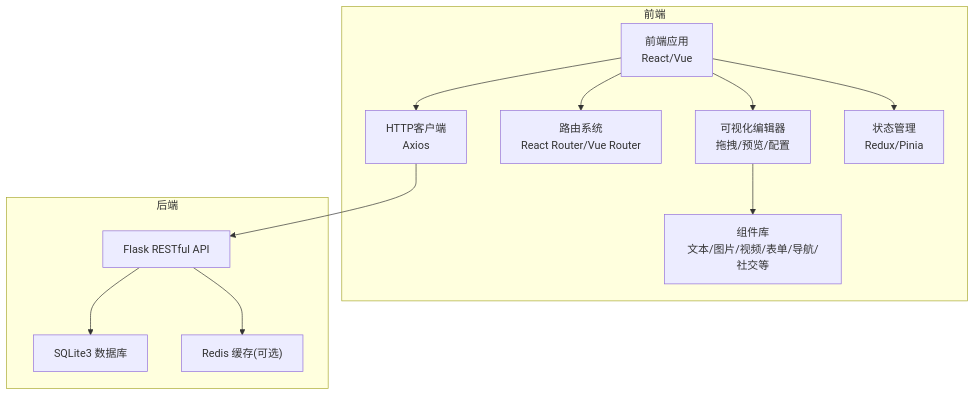
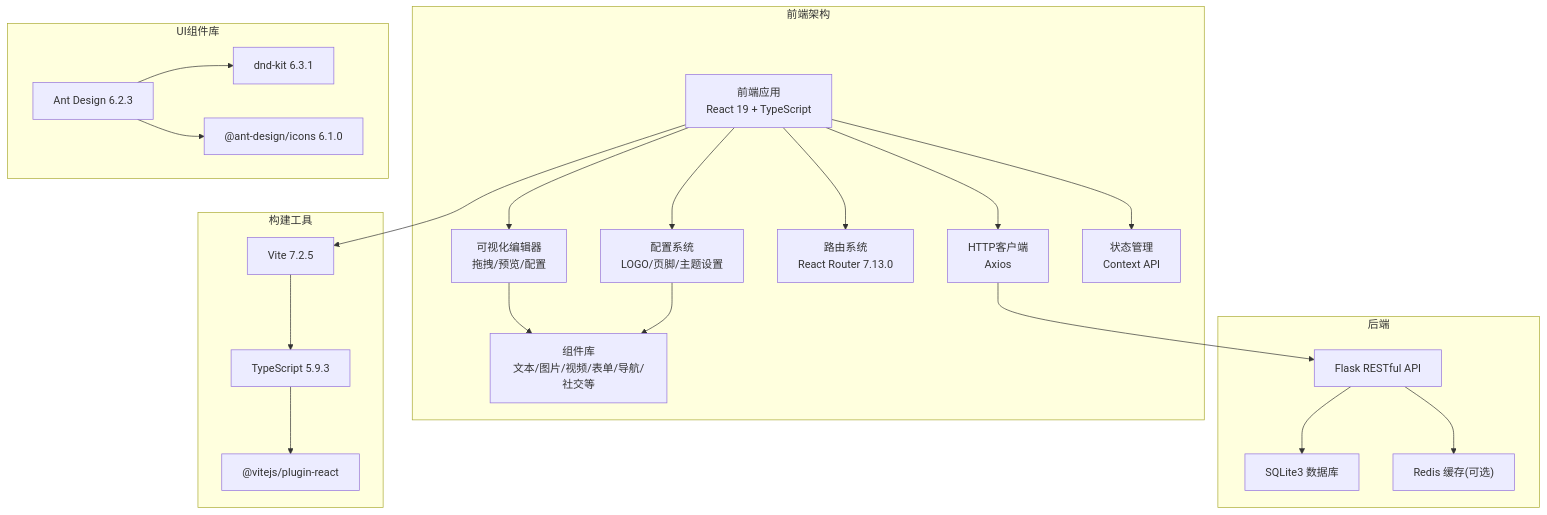
The first of 8 diagrams in .qoder/repowiki/zh/content/前端组件系统/前端组件系统.md (wyg5208/website_diy), drawn with Mermaid before and after one commit. The commit also changed other lines of this file and 43 other files, not shown here.

````diff
--- a/.qoder/repowiki/zh/content/前端组件系统/前端组件系统.md
+++ b/.qoder/repowiki/zh/content/前端组件系统/前端组件系统.md
@@ -31,24 +57,42 @@
 ```mermaid
 graph TB
-subgraph "前端"
-FE_App["前端应用<br/>React/Vue"]
+subgraph "前端架构"
+FE_App["前端应用<br/>React 19 + TypeScript"]
 FE_Editor["可视化编辑器<br/>拖拽/预览/配置"]
 FE_Components["组件库<br/>文本/图片/视频/表单/导航/社交等"]
-FE_Router["路由系统<br/>React Router/Vue Router"]
+FE_Config["配置系统<br/>LOGO/页脚/主题设置"]
+FE_Router["路由系统<br/>React Router 7.13.0"]
 FE_HTTP["HTTP客户端<br/>Axios"]
-FE_State["状态管理<br/>Redux/Pinia"]
+FE_State["状态管理<br/>Context API"]
+end
+subgraph "构建工具"
+BUILD_Vite["Vite 7.2.5"]
+BUILD_TS["TypeScript 5.9.3"]
+BUILD_Plugins["@vitejs/plugin-react"]
+end
+subgraph "UI组件库"
+UI_Antd["Ant Design 6.2.3"]
+UI_DnD["dnd-kit 6.3.1"]
+UI_Icons["@ant-design/icons 6.1.0"]
 end
 subgraph "后端"
 BE_API["Flask RESTful API"]
 BE_DB["SQLite3 数据库"]
 BE_Cache["Redis 缓存(可选)"]
 end
 FE_App --> FE_HTTP
 FE_HTTP --> BE_API
 BE_API --> BE_DB
 BE_API --> BE_Cache
 FE_App --> FE_Router
 FE_App --> FE_State
 FE_App --> FE_Editor
+FE_App --> FE_Config
 FE_Editor --> FE_Components
+FE_Config --> FE_Components
+FE_App --> BUILD_Vite
+BUILD_Vite --> BUILD_TS
+BUILD_TS --> BUILD_Plugins
+UI_Antd --> UI_DnD
+UI_Antd --> UI_Icons
 ```
````
